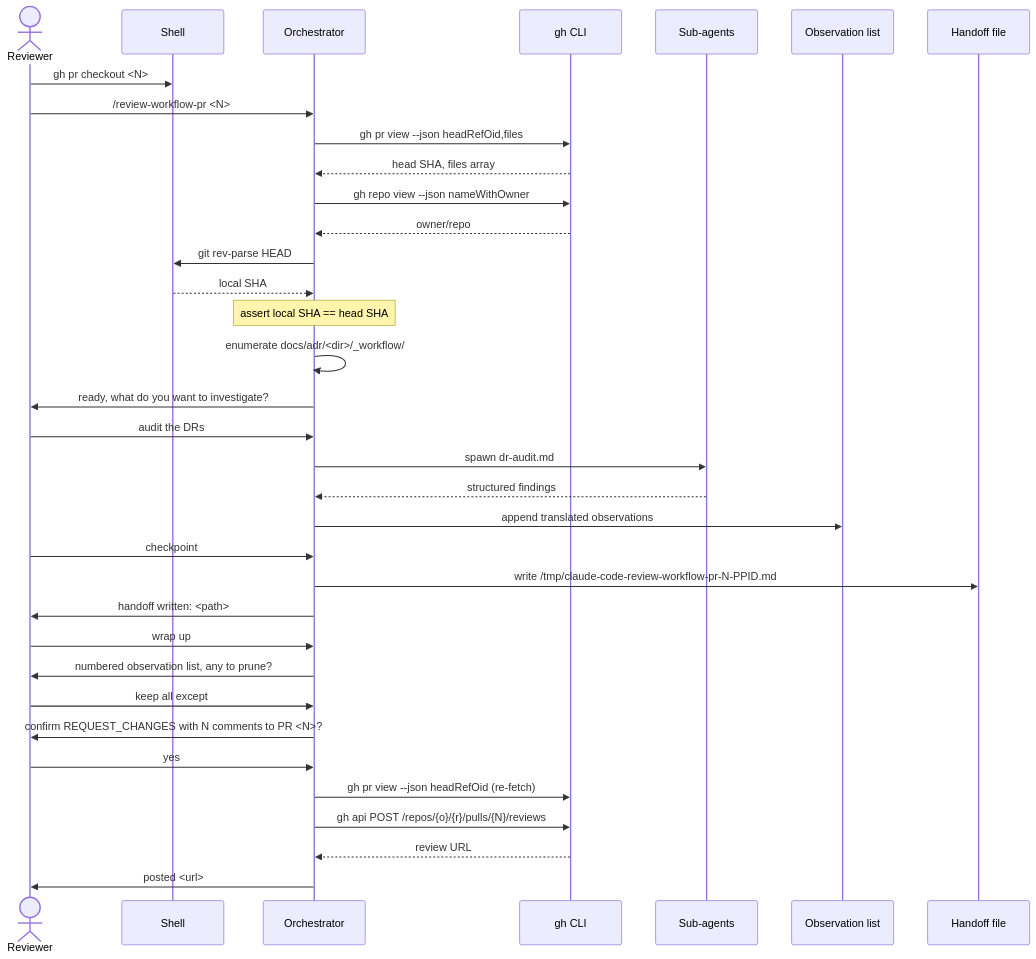
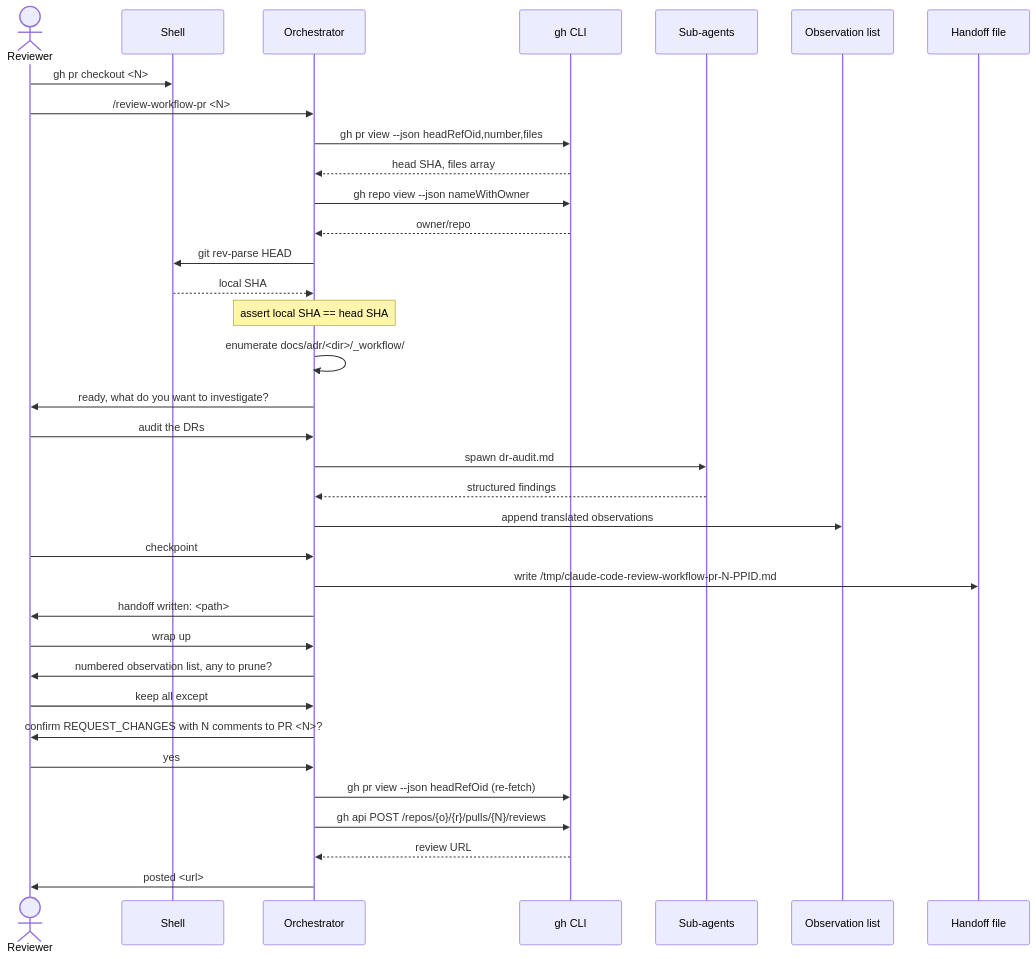
The second of 2 diagrams in docs/adr/dd-workflow-review-skill/_workflow/design.md (JetBrains/youtrackdb), drawn with Mermaid before and after one commit. The commit also changed 2 other files, not shown here.

First paragraph of the commit message:
Review fix: Phase C iter 1 — 12 findings on workflow-review-pr skill
Apply twelve workflow-review findings (M1–M12) against the
review-workflow-pr skill plus design.md and track-1.md.

````diff
--- a/docs/adr/dd-workflow-review-skill/_workflow/design.md
+++ b/docs/adr/dd-workflow-review-skill/_workflow/design.md
@@ -94,41 +94,41 @@
 ```mermaid
 sequenceDiagram
     actor R as Reviewer
     participant Sh as Shell
     participant Sk as Orchestrator
     participant GH as gh CLI
     participant Sub as Sub-agents
     participant Obs as Observation list
     participant HF as Handoff file
 
     R->>Sh: gh pr checkout <N>
     R->>Sk: /review-workflow-pr <N>
-    Sk->>GH: gh pr view --json headRefOid,files
+    Sk->>GH: gh pr view --json headRefOid,number,files
     GH-->>Sk: head SHA, files array
     Sk->>GH: gh repo view --json nameWithOwner
     GH-->>Sk: owner/repo
     Sk->>Sh: git rev-parse HEAD
     Sh-->>Sk: local SHA
     Note over Sk: assert local SHA == head SHA
     Sk->>Sk: enumerate docs/adr/<dir>/_workflow/
     Sk->>R: ready, what do you want to investigate?
 
     R->>Sk: audit the DRs
     Sk->>Sub: spawn dr-audit.md
     Sub-->>Sk: structured findings
     Sk->>Obs: append translated observations
 
     R->>Sk: checkpoint
     Sk->>HF: write /tmp/claude-code-review-workflow-pr-N-PPID.md
     Sk->>R: handoff written: <path>
 
     R->>Sk: wrap up
     Sk->>R: numbered observation list, any to prune?
     R->>Sk: keep all except #3
     Sk->>R: confirm REQUEST_CHANGES with N comments to PR <N>?
     R->>Sk: yes
     Sk->>GH: gh pr view --json headRefOid (re-fetch)
     Sk->>GH: gh api POST /repos/{o}/{r}/pulls/{N}/reviews
     GH-->>Sk: review URL
     Sk->>R: posted <url>
 ```
````
